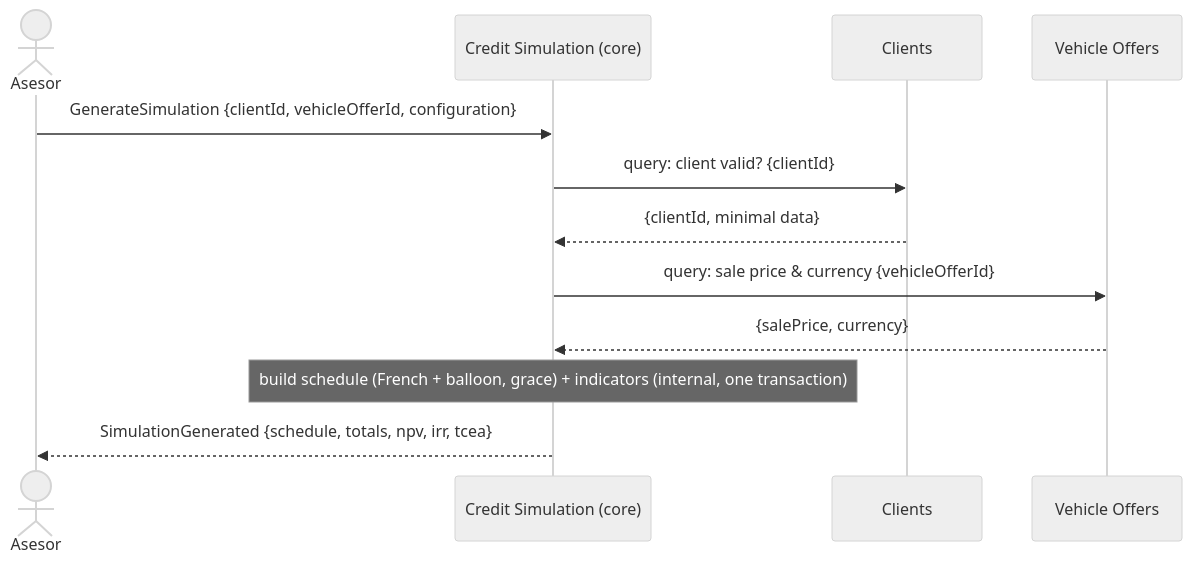
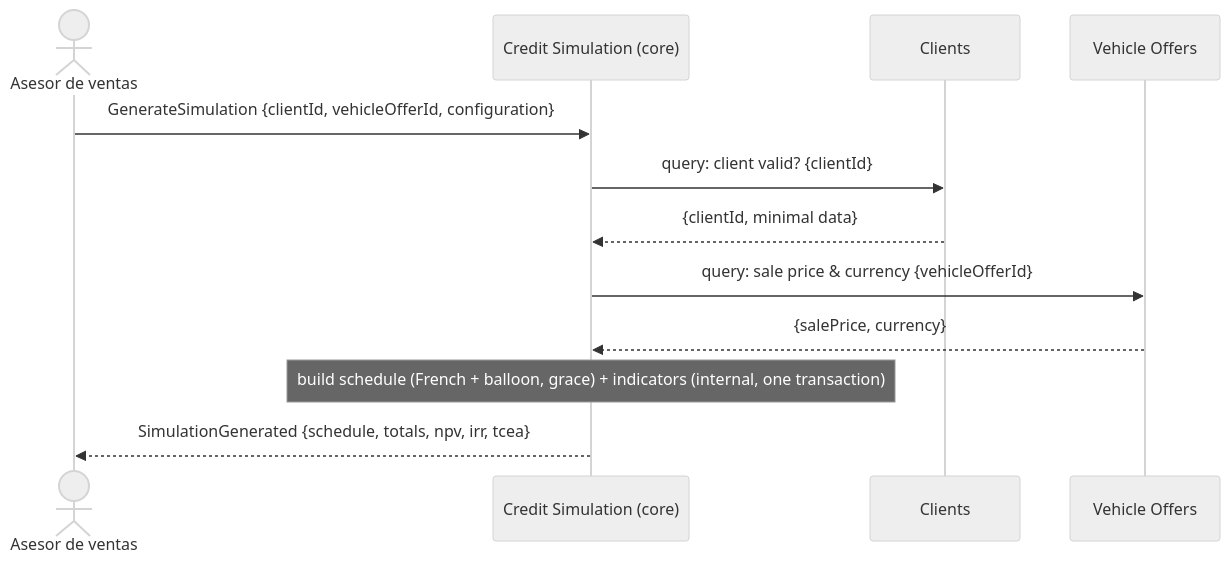
Before and after one commit to autofinancelabs/autofinance-api: the diagram in docs/ddd/domain-discovery.md, drawn with Mermaid (neutral theme). The commit also changed other lines of this file and 15 other files, not shown here.

````diff
--- a/docs/ddd/domain-discovery.md
+++ b/docs/ddd/domain-discovery.md
@@ -131,15 +140,15 @@
 ```mermaid
 sequenceDiagram
-    actor Advisor as Asesor
+    actor Advisor as Asesor de ventas
     participant CS as Credit Simulation (core)
     participant CL as Clients
     participant VO as Vehicle Offers
 
     Advisor->>CS: GenerateSimulation {clientId, vehicleOfferId, configuration}
     CS->>CL: query: client valid? {clientId}
     CL-->>CS: {clientId, minimal data}
     CS->>VO: query: sale price & currency {vehicleOfferId}
     VO-->>CS: {salePrice, currency}
     Note over CS: build schedule (French + balloon, grace) + indicators (internal, one transaction)
     CS-->>Advisor: SimulationGenerated {schedule, totals, npv, irr, tcea}
 ```
````
